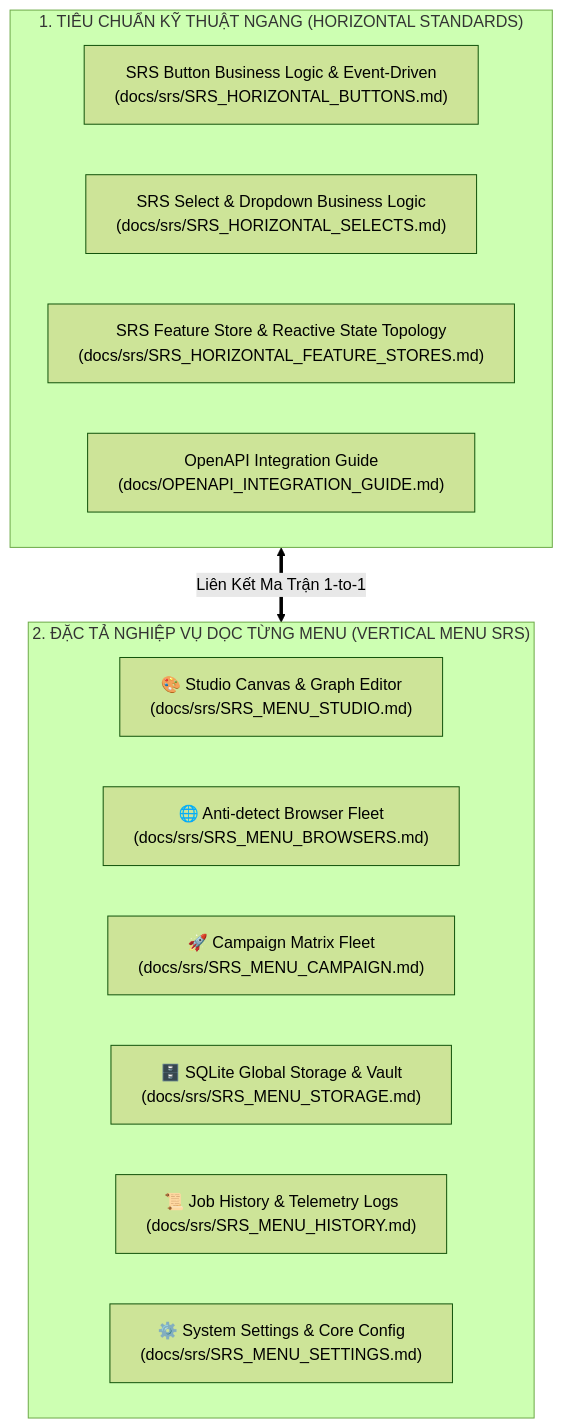
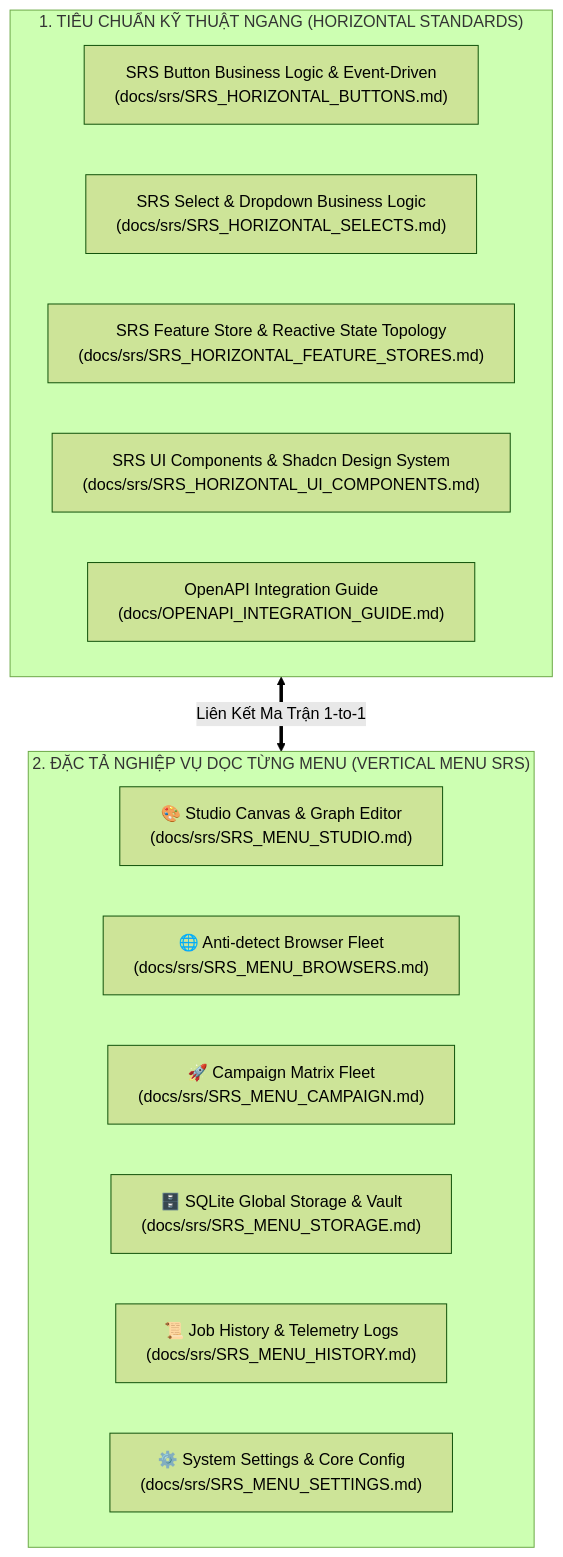
The diagram in docs/srs/README.md (tuquet/automa), drawn with Mermaid (forest theme) before and after one commit. The commit also changed other lines of this file and 127 other files, not shown here.

Commit message:
feat(ui): implement Shadcn UI components and polish typography/icons across ecosystem

````diff
--- a/docs/srs/README.md
+++ b/docs/srs/README.md
@@ -9,20 +9,21 @@
 ```mermaid
 flowchart TD
     subgraph HorizontalStandards ["1. TIÊU CHUẨN KỸ THUẬT NGANG (HORIZONTAL STANDARDS)"]
         H1["SRS Button Business Logic & Event-Driven<br/>(docs/srs/SRS_HORIZONTAL_BUTTONS.md)"]
         H2["SRS Select & Dropdown Business Logic<br/>(docs/srs/SRS_HORIZONTAL_SELECTS.md)"]
         H3["SRS Feature Store & Reactive State Topology<br/>(docs/srs/SRS_HORIZONTAL_FEATURE_STORES.md)"]
-        H4["OpenAPI Integration Guide<br/>(docs/OPENAPI_INTEGRATION_GUIDE.md)"]
+        H4["SRS UI Components & Shadcn Design System<br/>(docs/srs/SRS_HORIZONTAL_UI_COMPONENTS.md)"]
+        H5["OpenAPI Integration Guide<br/>(docs/OPENAPI_INTEGRATION_GUIDE.md)"]
     end
 
     subgraph VerticalMenus ["2. ĐẶC TẢ NGHIỆP VỤ DỌC TỪNG MENU (VERTICAL MENU SRS)"]
         M1["🎨 Studio Canvas & Graph Editor<br/>(docs/srs/SRS_MENU_STUDIO.md)"]
         M2["🌐 Anti-detect Browser Fleet<br/>(docs/srs/SRS_MENU_BROWSERS.md)"]
         M3["🚀 Campaign Matrix Fleet<br/>(docs/srs/SRS_MENU_CAMPAIGN.md)"]
         M4["🗄️ SQLite Global Storage & Vault<br/>(docs/srs/SRS_MENU_STORAGE.md)"]
         M5["📜 Job History & Telemetry Logs<br/>(docs/srs/SRS_MENU_HISTORY.md)"]
         M6["⚙️ System Settings & Core Config<br/>(docs/srs/SRS_MENU_SETTINGS.md)"]
     end
 
     HorizontalStandards <== Liên Kết Ma Trận 1-to-1 ==> VerticalMenus
 ```
````
